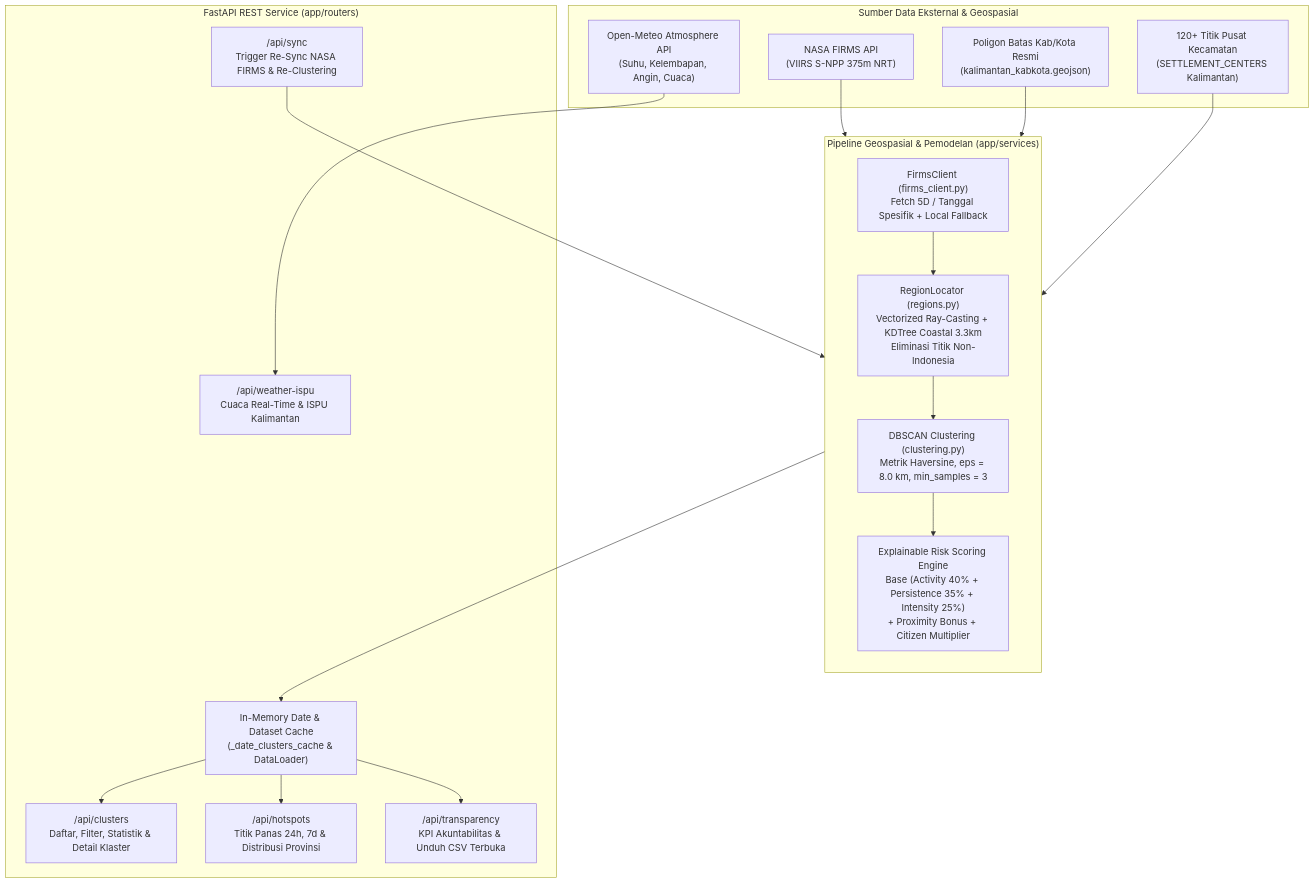
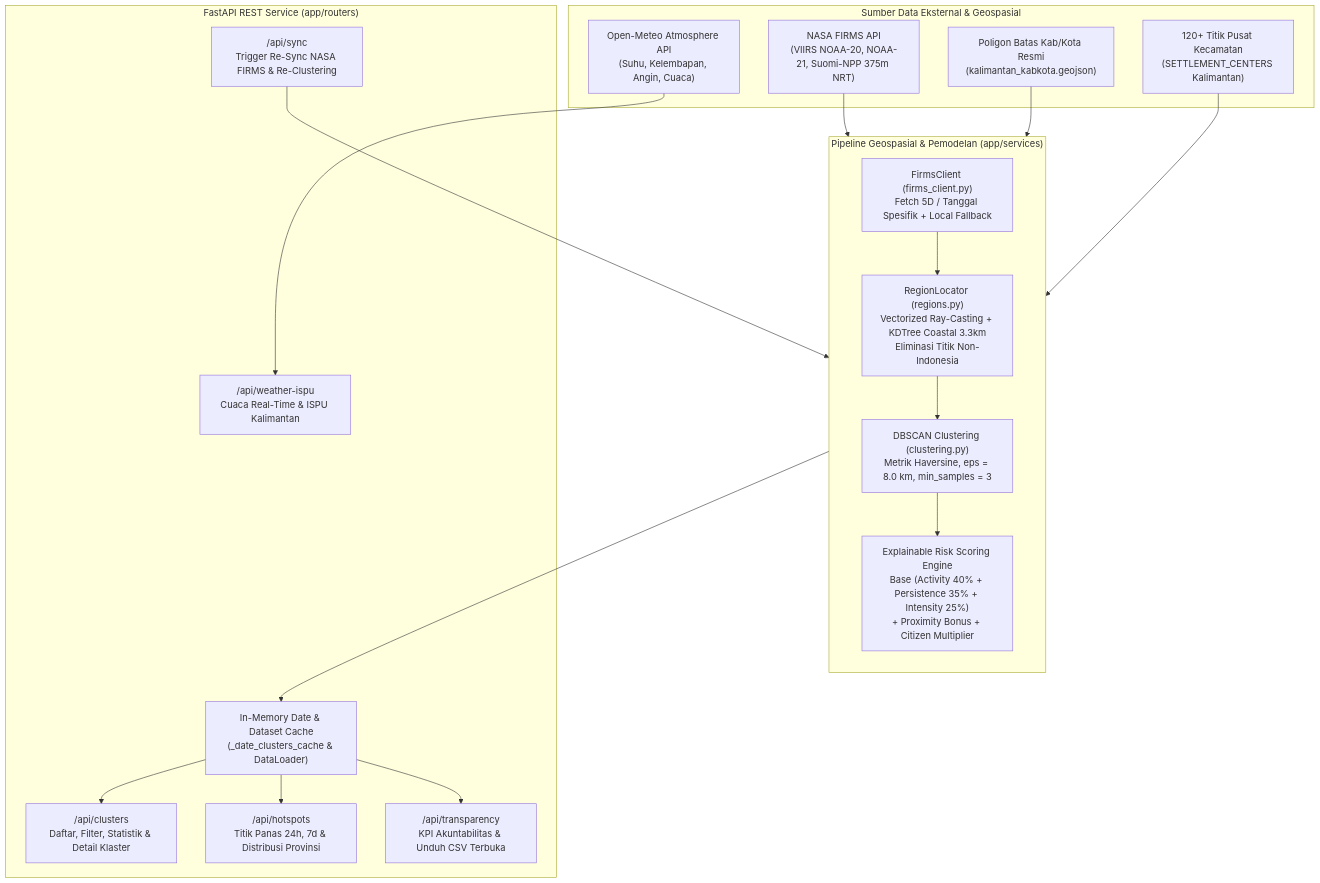
The diagram in README.md (onyourjie/prevhut), drawn with Mermaid before and after one commit. The commit also changed other lines of this file, not shown here.

````diff
--- a/README.md
+++ b/README.md
@@ -40,37 +40,37 @@
 ```mermaid
 flowchart TD
     subgraph ExternalSources["Sumber Data Eksternal & Geospasial"]
-        FIRMS["NASA FIRMS API<br/>(VIIRS S-NPP 375m NRT)"]
+        FIRMS["NASA FIRMS API<br/>(VIIRS NOAA-20, NOAA-21, Suomi-NPP 375m NRT)"]
         GeoBoundary["Poligon Batas Kab/Kota Resmi<br/>(kalimantan_kabkota.geojson)"]
         Settlements["120+ Titik Pusat Kecamatan<br/>(SETTLEMENT_CENTERS Kalimantan)"]
         OpenMeteo["Open-Meteo Atmosphere API<br/>(Suhu, Kelembapan, Angin, Cuaca)"]
     end
 
     subgraph DataPipeline["Pipeline Geospasial & Pemodelan (app/services)"]
         direction TB
         FirmsClient["FirmsClient (firms_client.py)<br/>Fetch 5D / Tanggal Spesifik + Local Fallback"]
         RegionLocator["RegionLocator (regions.py)<br/>Vectorized Ray-Casting + KDTree Coastal 3.3km<br/>Eliminasi Titik Non-Indonesia"]
         DBSCANEngine["DBSCAN Clustering (clustering.py)<br/>Metrik Haversine, eps = 8.0 km, min_samples = 3"]
         RiskEngine["Explainable Risk Scoring Engine<br/>Base (Activity 40% + Persistence 35% + Intensity 25%)<br/>+ Proximity Bonus + Citizen Multiplier"]
         FirmsClient --> RegionLocator --> DBSCANEngine --> RiskEngine
     end
 
     subgraph FastAPILayer["FastAPI REST Service (app/routers)"]
         Cache["In-Memory Date & Dataset Cache<br/>(_date_clusters_cache & DataLoader)"]
         RClusters["/api/clusters<br/>Daftar, Filter, Statistik & Detail Klaster"]
         RHotspots["/api/hotspots<br/>Titik Panas 24h, 7d & Distribusi Provinsi"]
         RWeather["/api/weather-ispu<br/>Cuaca Real-Time & ISPU Kalimantan"]
         RTrans["/api/transparency<br/>KPI Akuntabilitas & Unduh CSV Terbuka"]
         RSync["/api/sync<br/>Trigger Re-Sync NASA FIRMS & Re-Clustering"]
     end
 
     FIRMS --> FirmsClient
     GeoBoundary --> RegionLocator
     Settlements --> RiskEngine
     RiskEngine --> Cache
     Cache --> RClusters
     Cache --> RHotspots
     Cache --> RTrans
     OpenMeteo --> RWeather
     RSync --> FirmsClient
 ```
````
